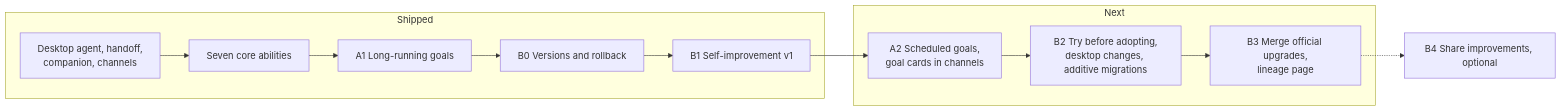
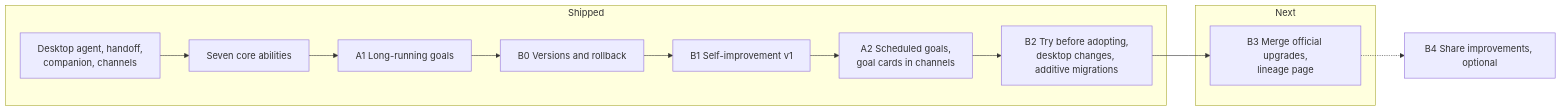
Before and after one commit to wudilyy999/owndesk: the third of 3 diagrams in README.md, drawn with Mermaid. The commit also changed other lines of this file and 16 other files, not shown here.

````diff
--- a/README.md
+++ b/README.md
@@ -256,16 +256,16 @@
 ```mermaid
 flowchart LR
     subgraph shipped[Shipped]
         F[Desktop agent, handoff,<br/>companion, channels] --> S7[Seven core abilities]
         S7 --> A1[A1 Long-running goals]
         A1 --> B0[B0 Versions and rollback]
         B0 --> B1[B1 Self-improvement v1]
+        B1 --> A2[A2 Scheduled goals,<br/>goal cards in channels]
+        A2 --> B2[B2 Try before adopting,<br/>desktop changes, additive migrations]
     end
     subgraph upcoming[Next]
-        A2[A2 Scheduled goals,<br/>goal cards in channels]
-        B2[B2 Try before adopting,<br/>desktop changes, additive migrations]
         B3[B3 Merge official upgrades,<br/>lineage page]
     end
-    B1 --> A2 --> B2 --> B3
+    B2 --> B3
     B3 -.-> B4[B4 Share improvements, optional]
 ```
````
